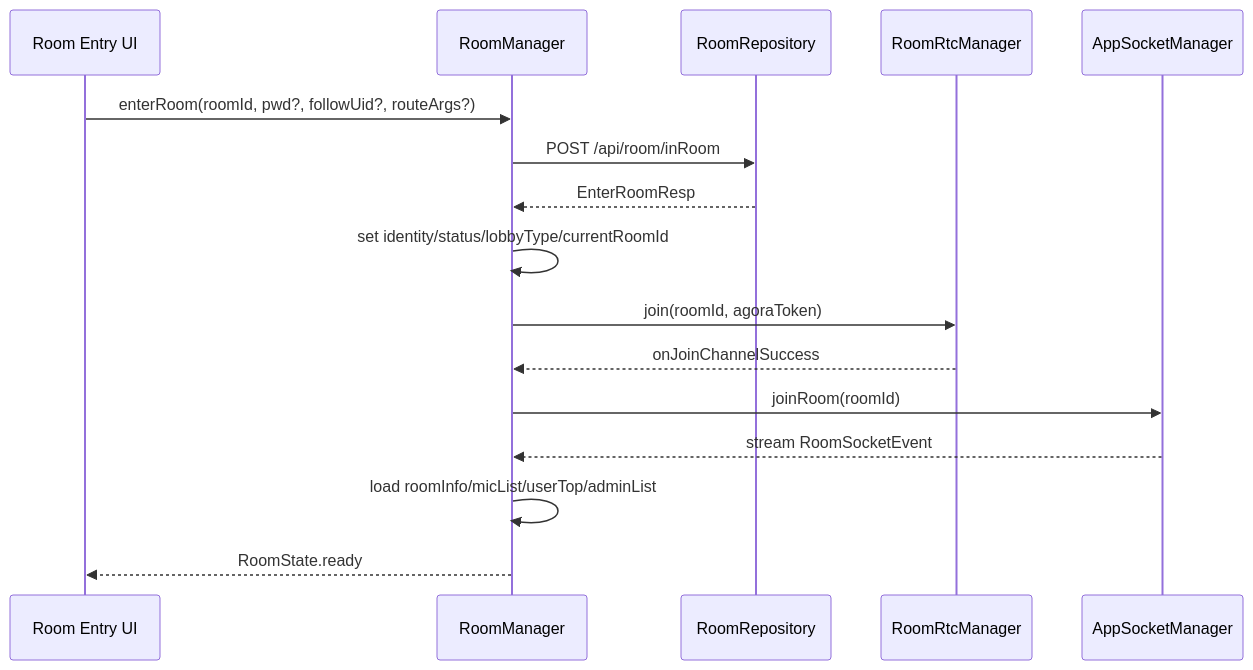
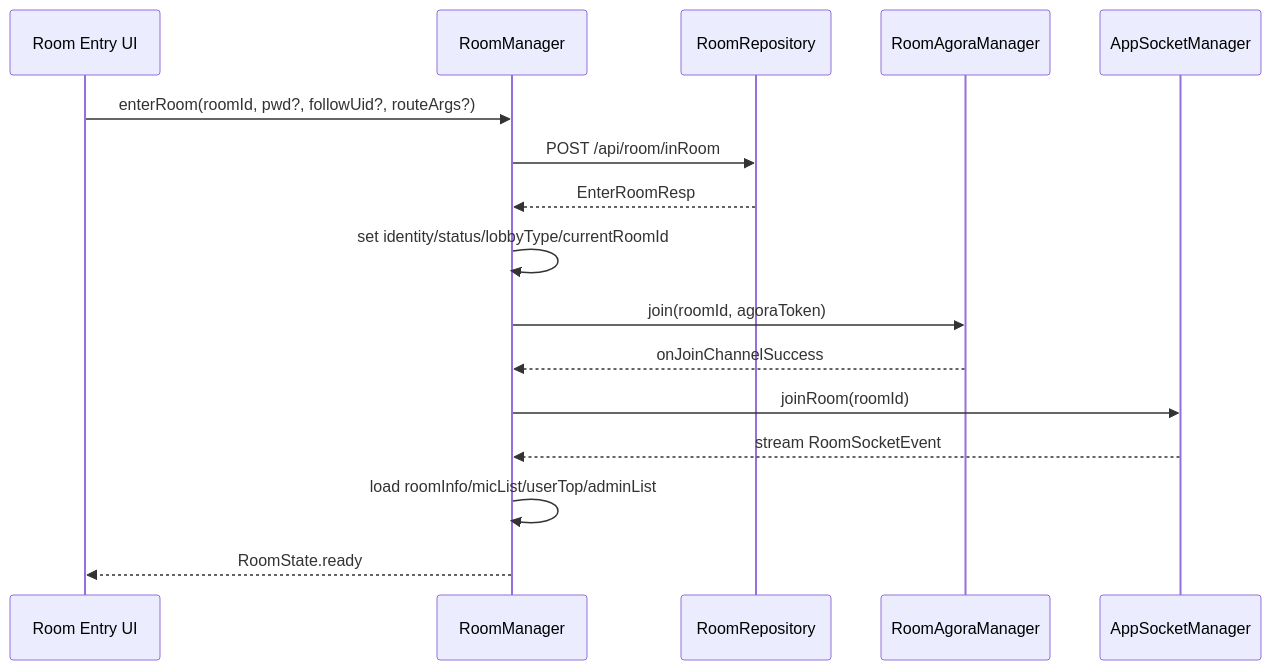
One commit to houdzaiw/iSnow changed the fourth of 4 diagrams in docs/room/room_socket_architecture.md. Above: the diagram before and after it, drawn with Mermaid. The commit also changed other lines of this file and 1 other file, not shown here.

````diff
--- a/docs/room/room_socket_architecture.md
+++ b/docs/room/room_socket_architecture.md
@@ -205,19 +211,19 @@
 ```mermaid
 sequenceDiagram
   participant UI as Room Entry UI
   participant RM as RoomManager
   participant API as RoomRepository
-  participant RTC as RoomRtcManager
+  participant RTC as RoomAgoraManager
   participant SM as AppSocketManager
 
   UI->>RM: enterRoom(roomId, pwd?, followUid?, routeArgs?)
   RM->>API: POST /api/room/inRoom
   API-->>RM: EnterRoomResp
   RM->>RM: set identity/status/lobbyType/currentRoomId
   RM->>RTC: join(roomId, agoraToken)
   RTC-->>RM: onJoinChannelSuccess
   RM->>SM: joinRoom(roomId)
   SM-->>RM: stream RoomSocketEvent
   RM->>RM: load roomInfo/micList/userTop/adminList
   RM-->>UI: RoomState.ready
 ```
````
